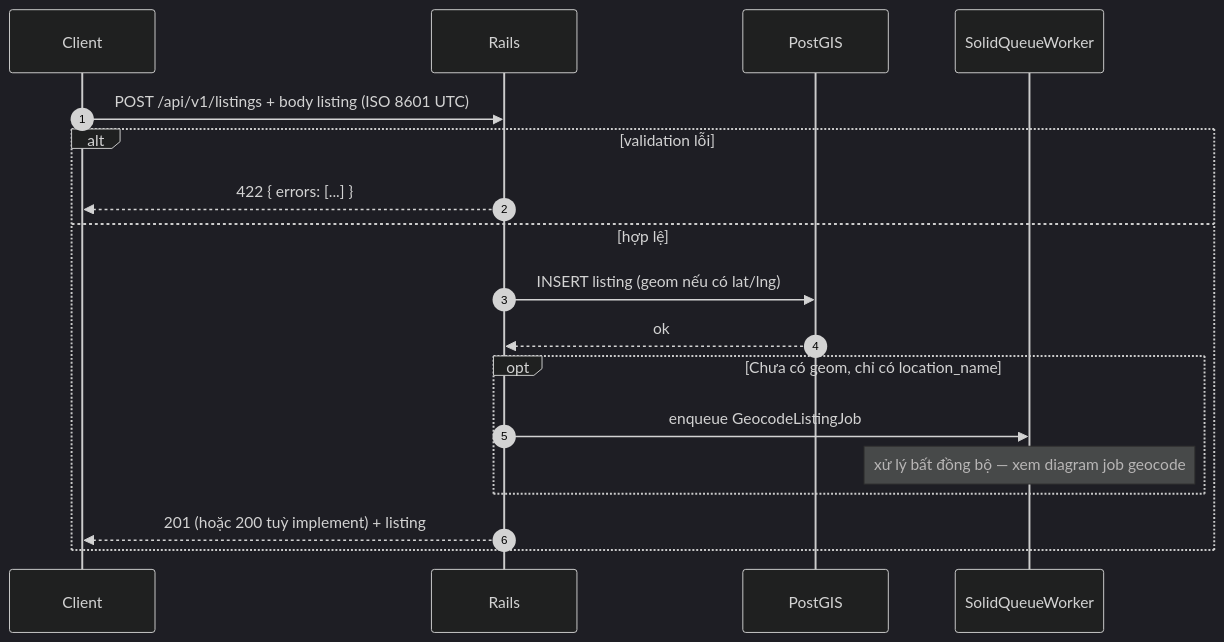
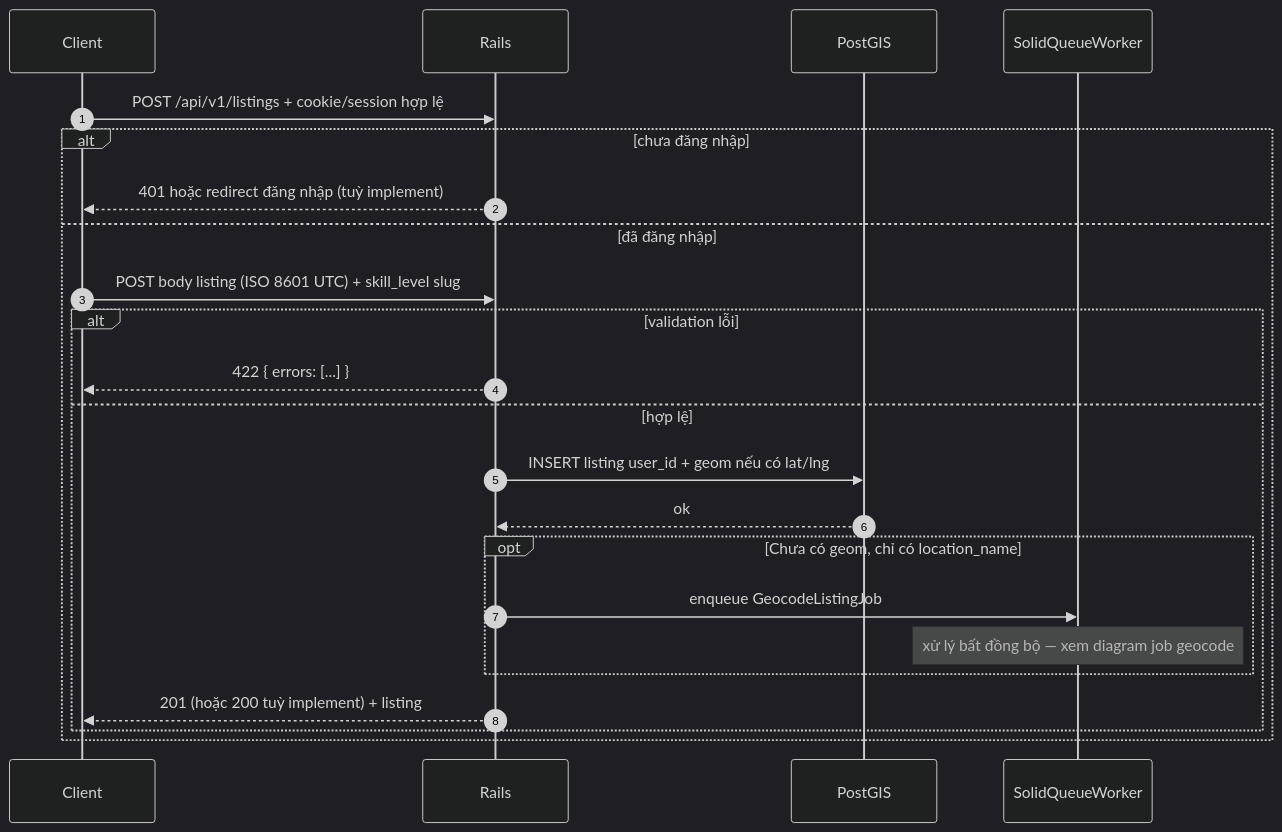
One commit to thaibhoang/giao-luu changed the third of 8 diagrams in docs/FLOWS_SEQUENCE.md. Above: the diagram before and after it, drawn with Mermaid (dark theme). The commit also changed other lines of this file and 42 other files, not shown here.

````diff
--- a/docs/FLOWS_SEQUENCE.md
+++ b/docs/FLOWS_SEQUENCE.md
@@ -89,21 +89,26 @@
 ```mermaid
 sequenceDiagram
   autonumber
   participant Client
   participant Rails
   participant PostGIS
   participant SolidQueueWorker
 
-  Client->>Rails: POST /api/v1/listings + body listing (ISO 8601 UTC)
-  alt validation lỗi
-    Rails-->>Client: 422 { errors: [...] }
-  else hợp lệ
-    Rails->>PostGIS: INSERT listing (geom nếu có lat/lng)
-    PostGIS-->>Rails: ok
-    opt Chưa có geom, chỉ có location_name
-      Rails->>SolidQueueWorker: enqueue GeocodeListingJob
-      Note over SolidQueueWorker: xử lý bất đồng bộ — xem diagram job geocode
+  Client->>Rails: POST /api/v1/listings + cookie/session hợp lệ
+  alt chưa đăng nhập
+    Rails-->>Client: 401 hoặc redirect đăng nhập (tuỳ implement)
+  else đã đăng nhập
+    Client->>Rails: POST body listing (ISO 8601 UTC) + skill_level slug
+    alt validation lỗi
+      Rails-->>Client: 422 { errors: [...] }
+    else hợp lệ
+      Rails->>PostGIS: INSERT listing user_id + geom nếu có lat/lng
+      PostGIS-->>Rails: ok
+      opt Chưa có geom, chỉ có location_name
+        Rails->>SolidQueueWorker: enqueue GeocodeListingJob
+        Note over SolidQueueWorker: xử lý bất đồng bộ — xem diagram job geocode
+      end
+      Rails-->>Client: 201 (hoặc 200 tuỳ implement) + listing
     end
-    Rails-->>Client: 201 (hoặc 200 tuỳ implement) + listing
   end
 ```
````
